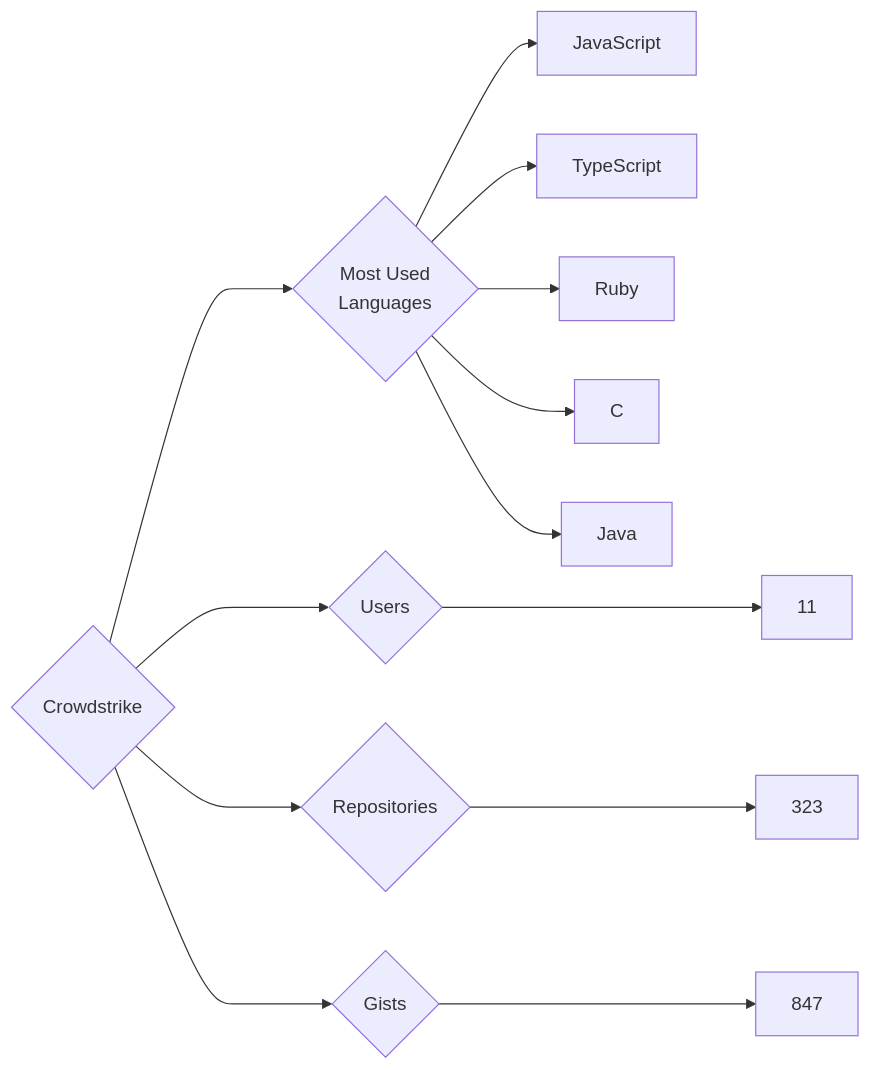
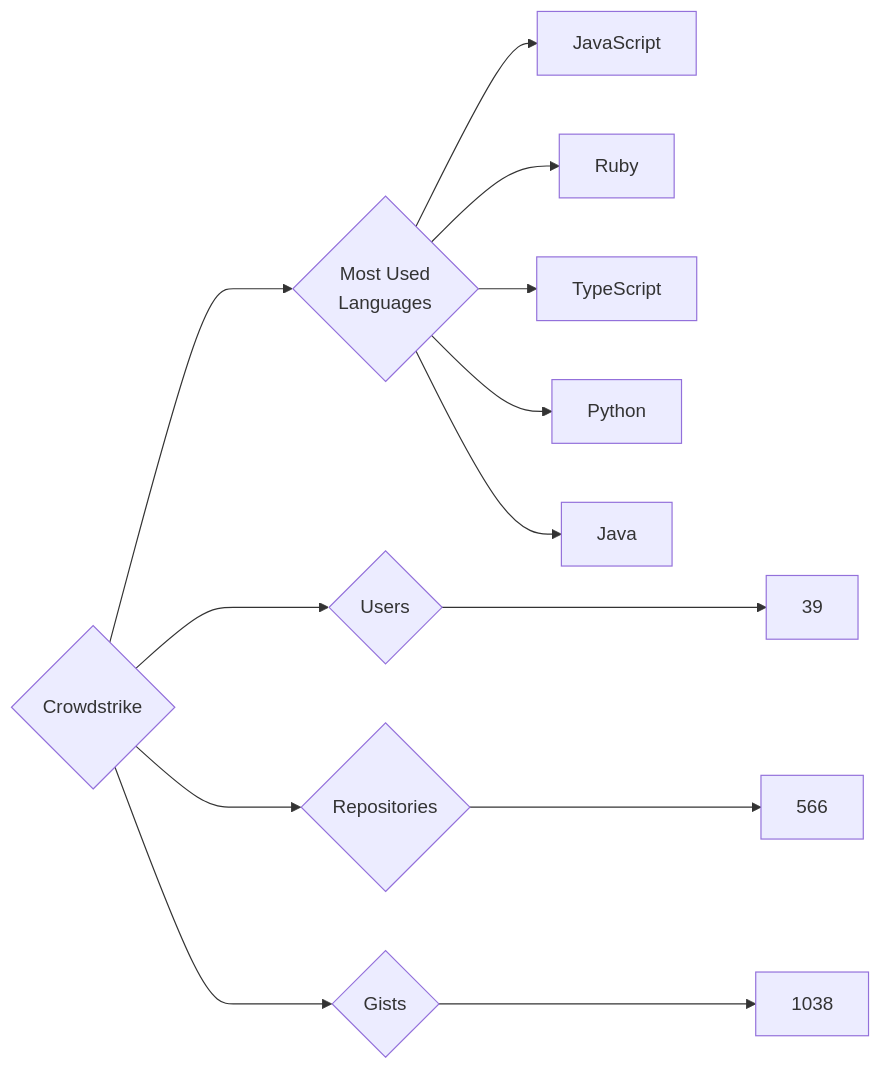
One commit to trickest/insiders changed the diagram in targets/Crowdstrike/README.md. Above: the diagram before and after it, drawn with Mermaid. The commit also changed 838 other files, not shown here.

````diff
--- a/targets/Crowdstrike/README.md
+++ b/targets/Crowdstrike/README.md
@@ -3,13 +3,13 @@
 ```mermaid
 graph LR
 COMPANY_NAME{Crowdstrike}
-COMPANY_NAME ---> U{Users} ---> UN[11]
-COMPANY_NAME ---> R{Repositories} ---> RN[323]
-COMPANY_NAME ---> G{Gists} ---> GN[847]
+COMPANY_NAME ---> U{Users} ---> UN[39]
+COMPANY_NAME ---> R{Repositories} ---> RN[566]
+COMPANY_NAME ---> G{Gists} ---> GN[1038]
 COMPANY_NAME ---> ML{Most Used<br>Languages}
 ML --> JavaScript[JavaScript]
+ML --> Ruby[Ruby]
 ML --> TypeScript[TypeScript]
-ML --> Ruby[Ruby]
-ML --> C[C]
+ML --> Python[Python]
 ML --> Java[Java]
 ```
````
